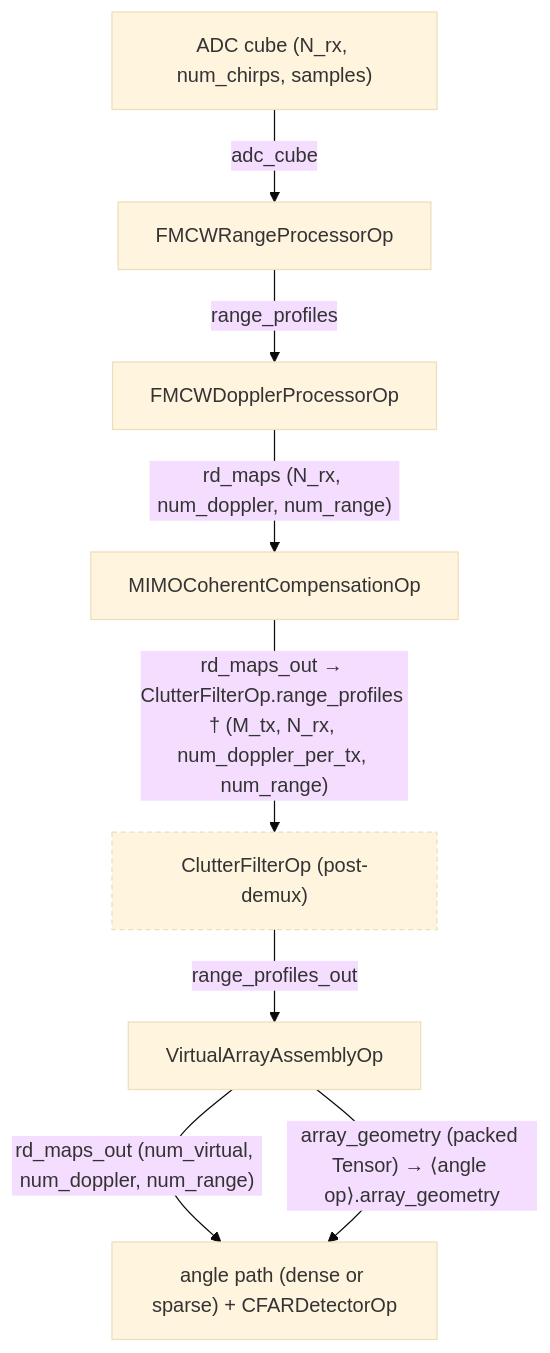
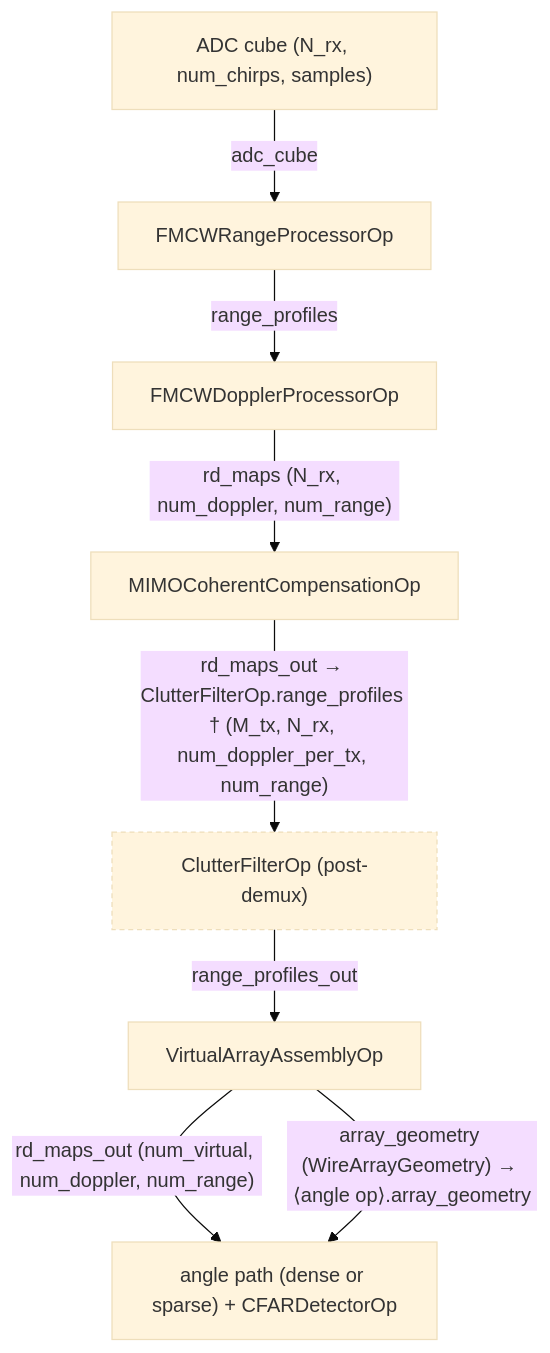
Before and after one commit to nvidia-holoscan/holoscan-radar: the seventh of 7 diagrams in docs/planning/WORKFLOWS.md, drawn with Mermaid (base theme). The commit also changed other lines of this file and 54 other files, not shown here.

Commit message:
Angle: Unify runtime geometry transport

````diff
--- a/docs/planning/WORKFLOWS.md
+++ b/docs/planning/WORKFLOWS.md
@@ -229,12 +229,12 @@
 ```mermaid
 flowchart TD
   classDef opt stroke-dasharray:4 3
   ADC["ADC cube (N_rx, num_chirps, samples)"] -->|"adc_cube"| RANGE["FMCWRangeProcessorOp"]
   RANGE -->|"range_profiles"| DOPP["FMCWDopplerProcessorOp"]
   DOPP -->|"rd_maps (N_rx, num_doppler, num_range)"| COMP["MIMOCoherentCompensationOp"]
   COMP -->|"rd_maps_out → ClutterFilterOp.range_profiles † (M_tx, N_rx, num_doppler_per_tx, num_range)"| CLUT["ClutterFilterOp (post-demux)"]
   CLUT -->|"range_profiles_out"| VAA["VirtualArrayAssemblyOp"]
   VAA -->|"rd_maps_out (num_virtual, num_doppler, num_range)"| ANGLE["angle path (dense or sparse) + CFARDetectorOp"]
-  VAA -->|"array_geometry (packed Tensor) → ⟨angle op⟩.array_geometry"| ANGLE
+  VAA -->|"array_geometry (WireArrayGeometry) → ⟨angle op⟩.array_geometry"| ANGLE
   class CLUT opt
 ```
````
